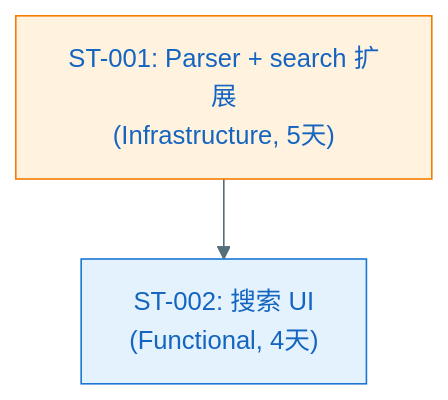
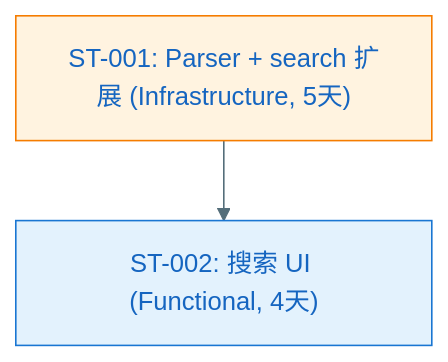
Before and after one commit to jackykarma/Verity: diagram 13 of 13 in specs/epics/EPIC-004-android-gallery/features/FEAT-003-search/plan.md, drawn with Mermaid. The commit also changed other lines of this file and 22 other files, not shown here.

First line of the commit message:
📝 docs(EPIC-004): 规格一致性与 Mermaid 图表修正

````diff
--- a/specs/epics/EPIC-004-android-gallery/features/FEAT-003-search/plan.md
+++ b/specs/epics/EPIC-004-android-gallery/features/FEAT-003-search/plan.md
@@ -806,11 +807,11 @@
 ```mermaid
 %%{init: {'theme': 'base', 'themeVariables': { 'primaryColor': '#E3F2FD', 'primaryTextColor': '#1565C0', 'primaryBorderColor': '#1976D2', 'lineColor': '#546E7A'}}}%%
 flowchart TD
-    ST001["ST-001: Parser + search 扩展<br/>(Infrastructure, 5天)"]
-    ST002["ST-002: 搜索 UI<br/>(Functional, 4天)"]
+    ST001["ST-001: Parser + search 扩展 (Infrastructure, 5天)"]
+    ST002["ST-002: 搜索 UI (Functional, 4天)"]
     
     ST001 --> ST002
     
     style ST001 fill:#FFF3E0,stroke:#F57C00
     style ST002 fill:#E3F2FD,stroke:#1976D2
 ```
````
